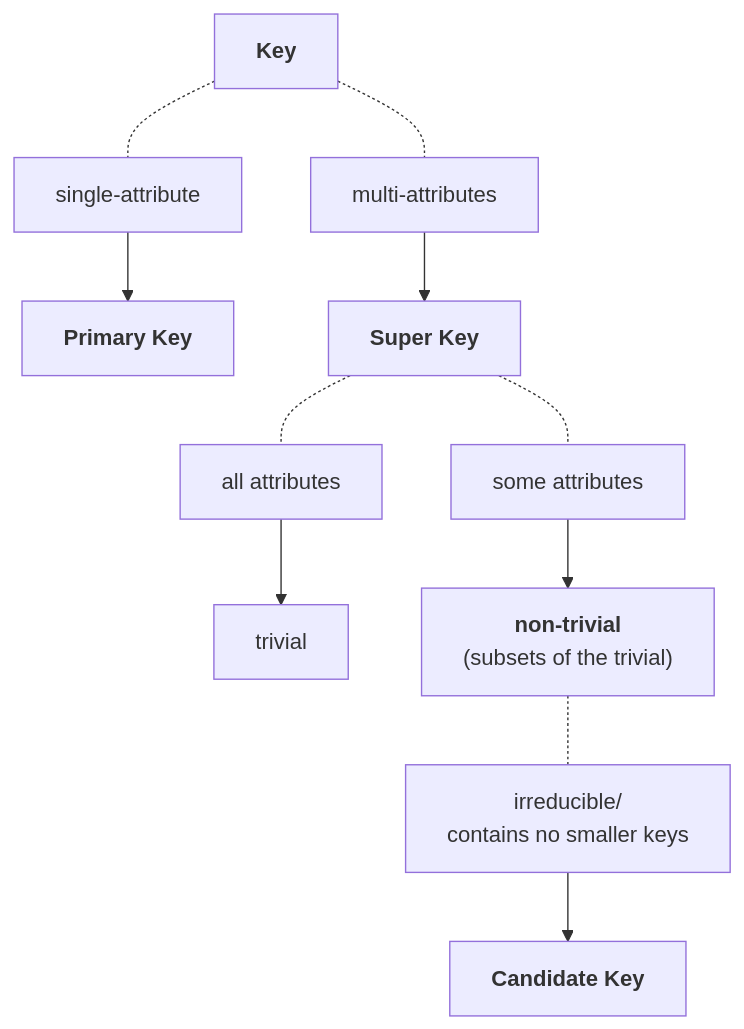
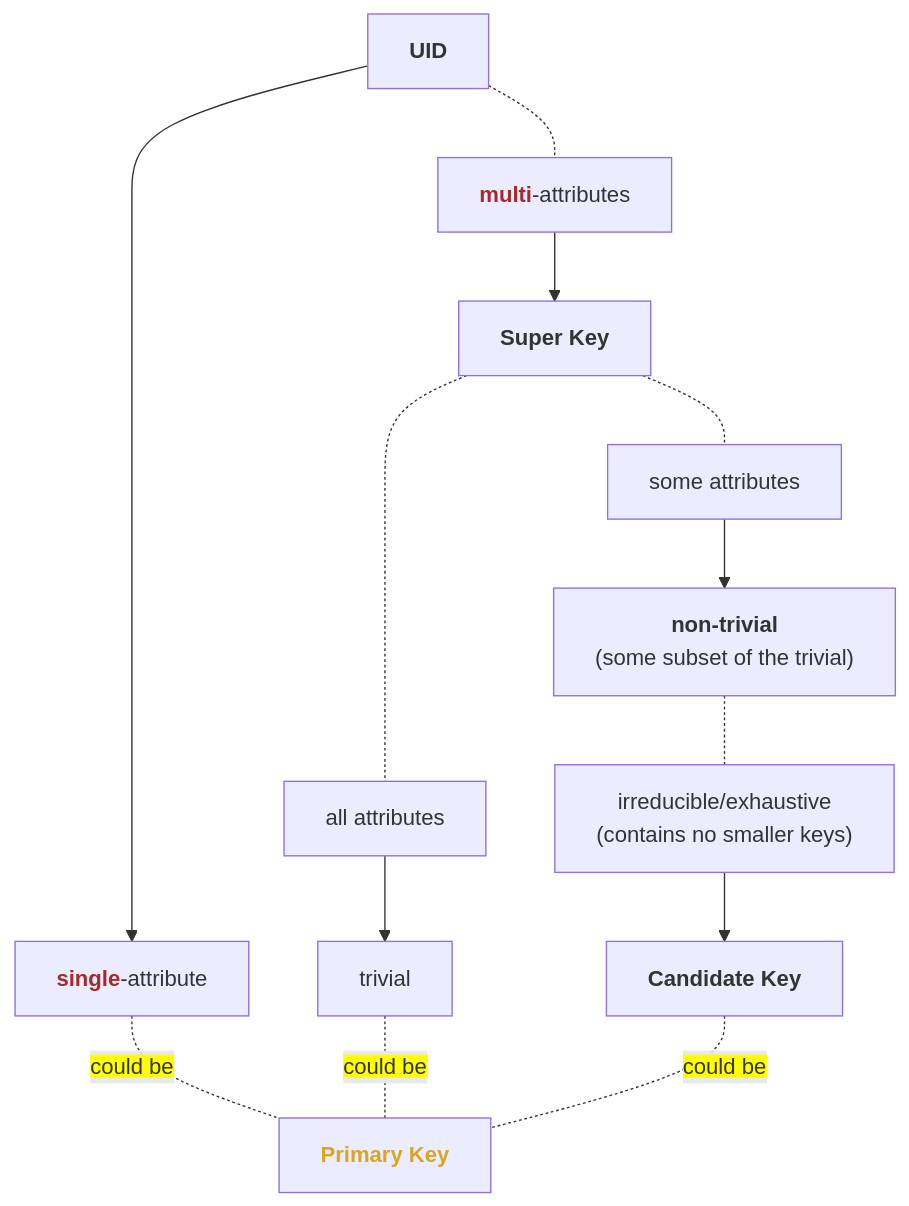
Before and after one commit to nkarl/wsu-cpts-451-dbms: the diagram in week-10/Design Theory - Schema Refining & Normal Forms.md, drawn with Mermaid. The commit also changed other lines of this file, not shown here.

Commit message:
vault backup: 2024-03-25 12:28:33

````diff
--- a/week-10/Design Theory - Schema Refining & Normal Forms.md
+++ b/week-10/Design Theory - Schema Refining & Normal Forms.md
@@ -85,11 +85,11 @@
 ```mermaid
 graph
-Key["<span style=font-weight:750>Key</span>"] -.- single["single-attribute"] --> prime[<span style=font-weight:750>Primary Key</span
->
-]
-Key -.- multi["multi-attributes"] --> super[<span style=font-weight:750>Super Key</span>]
+Key["<span style=font-weight:750>UID</span>"] --> single["<span style=color:brown;font-weight:600>single</span>-attribute"]
+Key -.- multi["<span style=color:brown;font-weight:600>multi</span>-attributes"] --> super[<span style=font-weight:750>Super Key</span>]
 super -.- all["all attributes"] --> trivial
-super -.- some["some attributes"] --> nontrivial["<span style=font-weight:700>non-trivial</span><br>(subsets of the trivial)"]
-nontrivial -.- exhaustive["irreducible/<br>contains no smaller keys"] --> candidate[<span style=font-weight:750>Candidate Key</span>
-]
+super -.- some["some attributes"] --> nontrivial["<span style=font-weight:700>non-trivial</span><br>(some subset of the trivial)"]
+nontrivial -.- exhaustive["irreducible/exhaustive<br>(contains no smaller keys)"] --> candidate[<span style=font-weight:750>Candidate Key</span>]
+single -.-|<span style=background:yellow>could be</span>| prime["<strong style=color:goldenrod;font-weight:900>Primary Key</strong>"]
+trivial -.-|<span style=background:yellow>could be</span>| prime
+candidate -.-|<span style=background:yellow>could be</span>| prime
 ```
````
